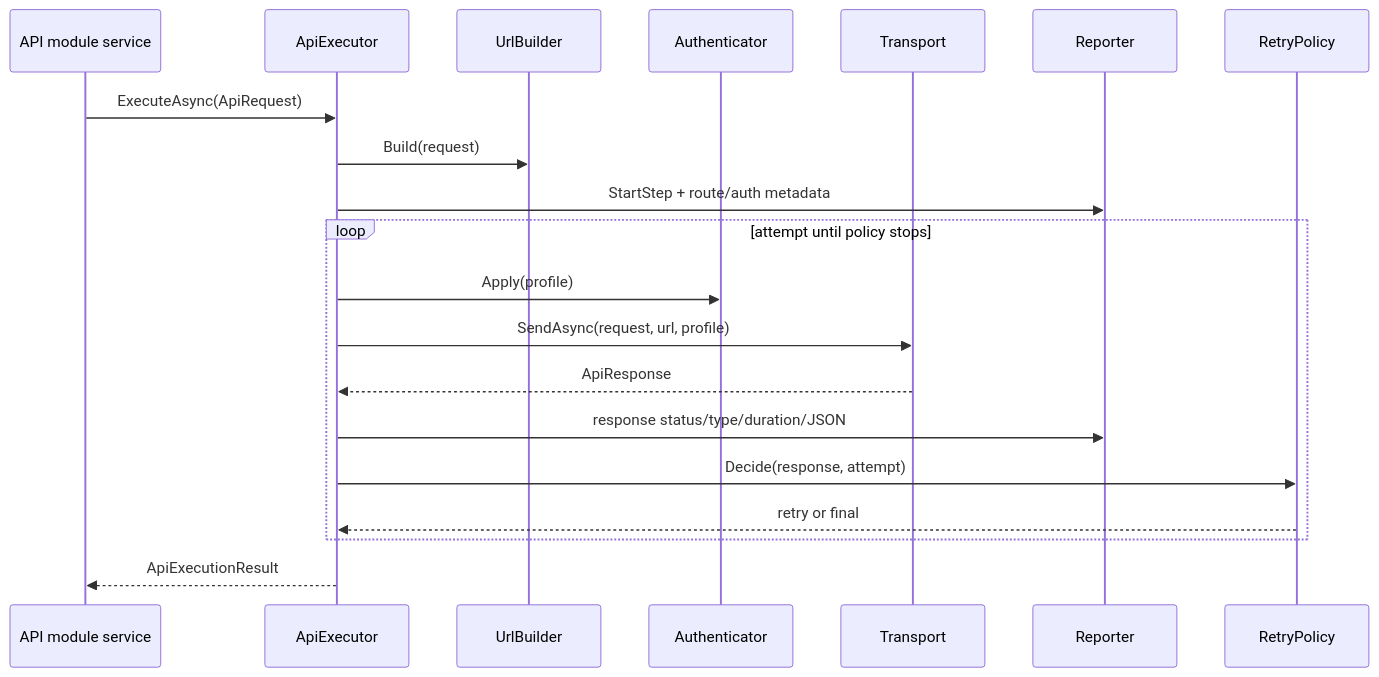
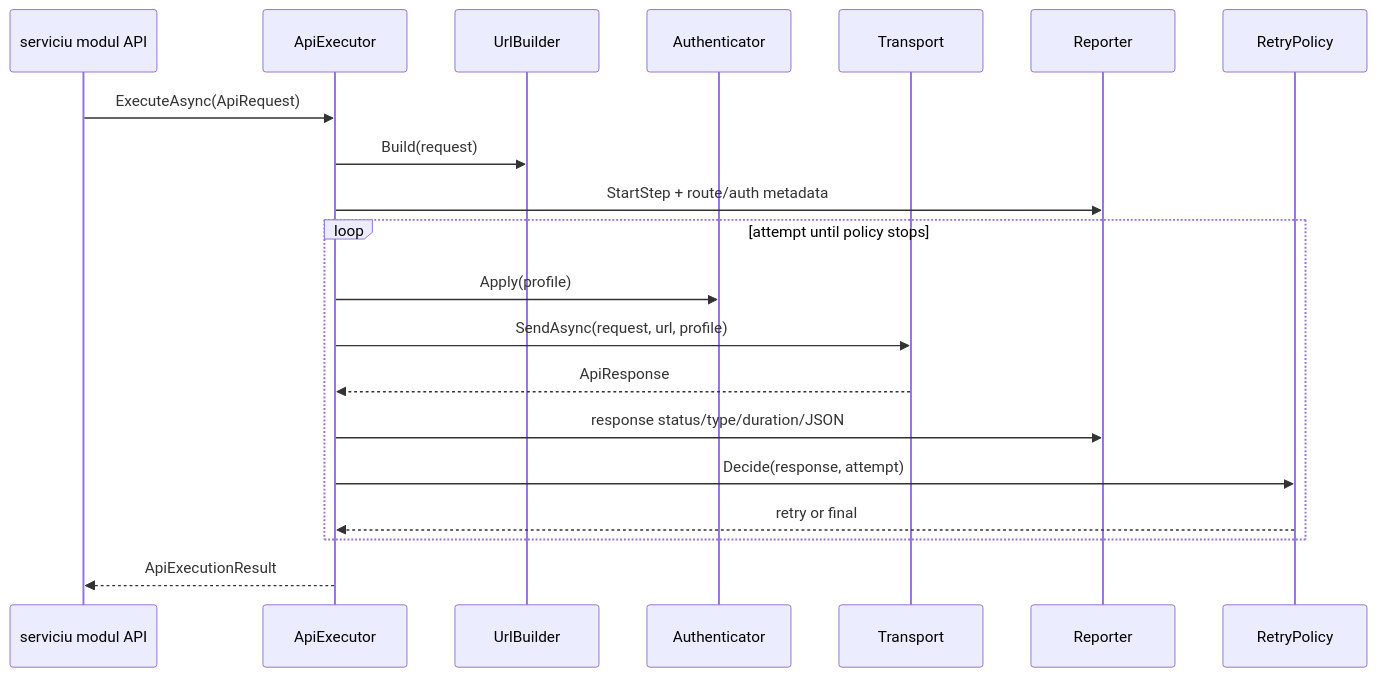
The second of 4 diagrams in Atf.Core/README.md (crististefanita/CS1), drawn with Mermaid before and after one commit. The commit also changed other lines of this file and 28 other files, not shown here.

````diff
--- a/Atf.Core/README.md
+++ b/Atf.Core/README.md
@@ -77,23 +84,23 @@
 ```mermaid
 sequenceDiagram
-    participant Caller as API module service
+    participant Caller as serviciu modul API
     participant X as ApiExecutor
     participant U as UrlBuilder
     participant A as Authenticator
     participant T as Transport
     participant R as Reporter
     participant P as RetryPolicy
 
     Caller->>X: ExecuteAsync(ApiRequest)
     X->>U: Build(request)
     X->>R: StartStep + route/auth metadata
     loop attempt until policy stops
         X->>A: Apply(profile)
         X->>T: SendAsync(request, url, profile)
         T-->>X: ApiResponse
         X->>R: response status/type/duration/JSON
         X->>P: Decide(response, attempt)
         P-->>X: retry or final
     end
     X-->>Caller: ApiExecutionResult
 ```
````
